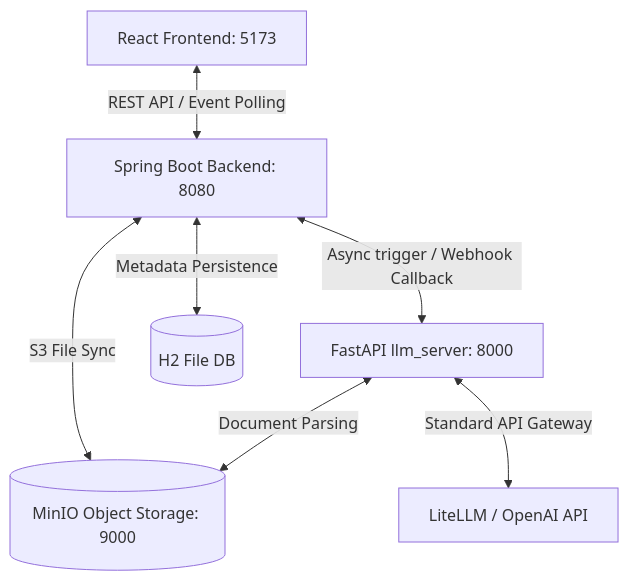
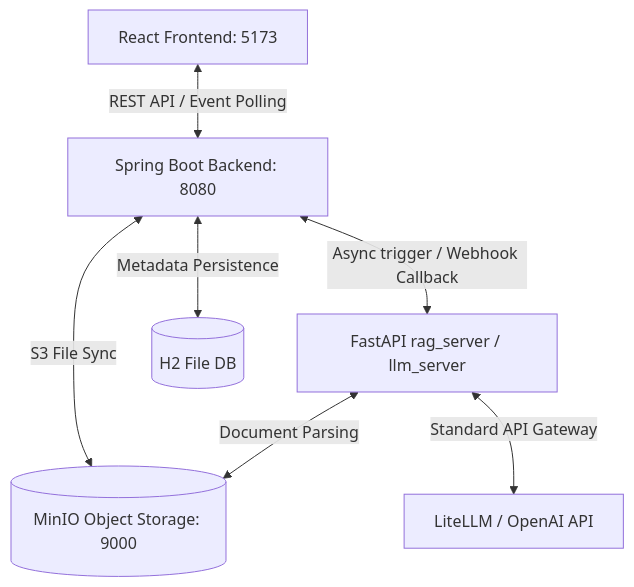
Before and after one commit to yonam-tester/web-service: the diagram in README.md, drawn with Mermaid. The commit also changed other lines of this file and 26 other files, not shown here.

````diff
--- a/README.md
+++ b/README.md
@@ -21,9 +22,9 @@
 ```mermaid
 graph TD
     UI[React Frontend: 5173] <-->|REST API / Event Polling| BE[Spring Boot Backend: 8080]
-    BE <-->|Async trigger / Webhook Callback| AI[FastAPI llm_server: 8000]
+    BE <-->|Async trigger / Webhook Callback| AI[FastAPI rag_server / llm_server]
     BE <-->|Metadata Persistence| DB[(H2 File DB)]
     BE <-->|S3 File Sync| S3[(MinIO Object Storage: 9000)]
     AI <-->|Document Parsing| S3
     AI <-->|Standard API Gateway| LiteLLM[LiteLLM / OpenAI API]
 ```
````
